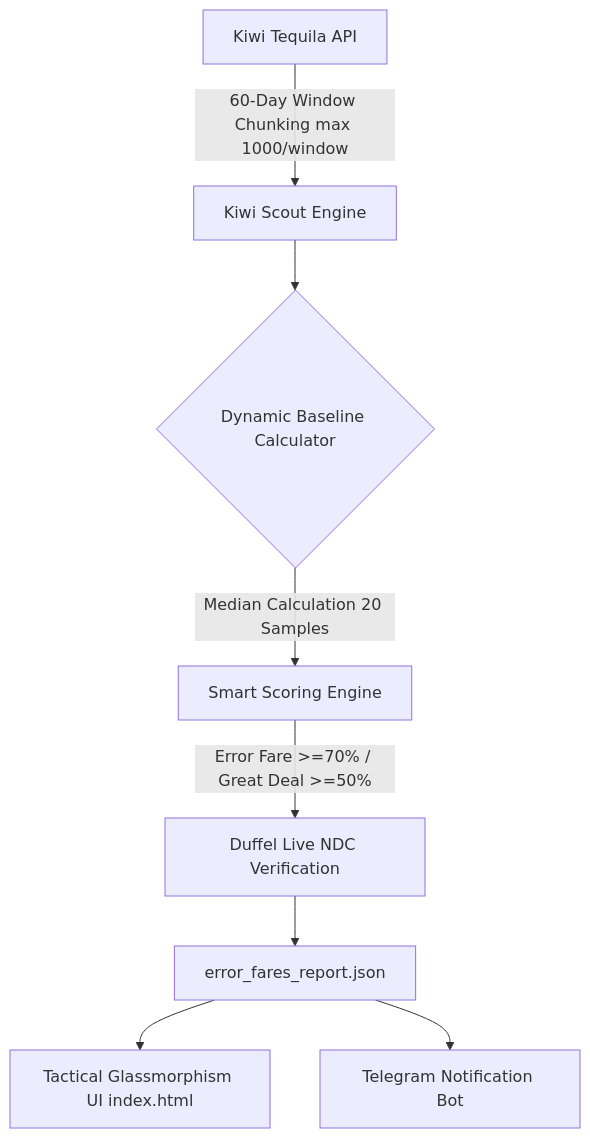
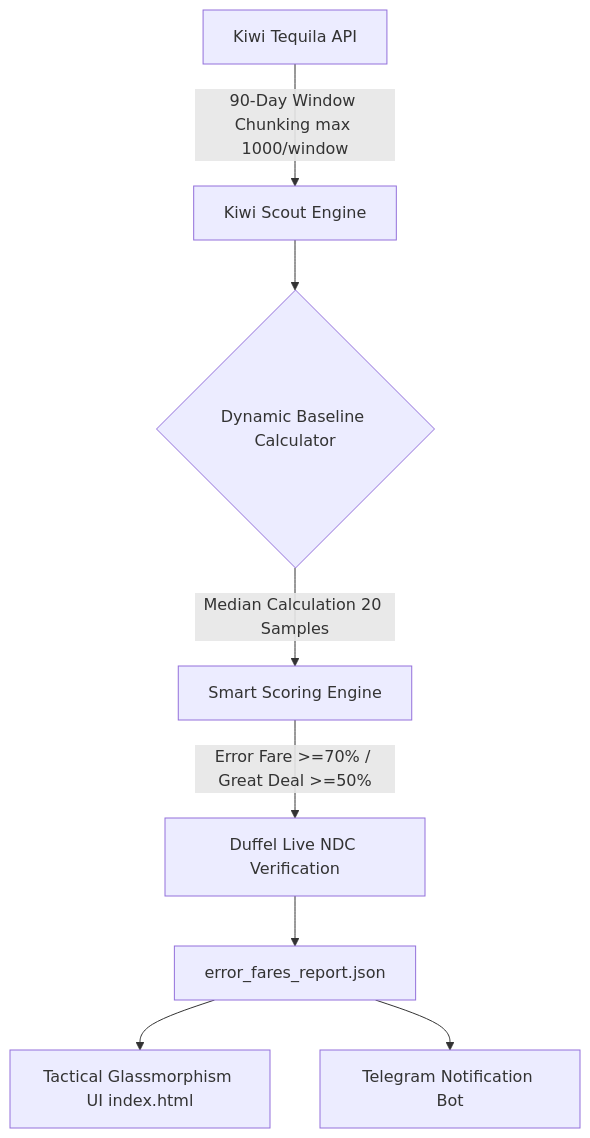
One commit to RadekDuba/flightscanner changed the diagram in README.md. Above: the diagram before and after it, drawn with Mermaid. The commit also changed other lines of this file and 13 other files, not shown here.

````diff
--- a/README.md
+++ b/README.md
@@ -42,10 +44,10 @@
 ```mermaid
 flowchart TD
-    A[Kiwi Tequila API] -->|60-Day Window Chunking max 1000/window| B[Kiwi Scout Engine]
+    A[Kiwi Tequila API] -->|90-Day Window Chunking max 1000/window| B[Kiwi Scout Engine]
     B --> C{Dynamic Baseline Calculator}
     C -->|Median Calculation 20 Samples| D[Smart Scoring Engine]
     D -->|Error Fare >=70% / Great Deal >=50%| E[Duffel Live NDC Verification]
     E --> F[error_fares_report.json]
     F --> G[Tactical Glassmorphism UI index.html]
     F --> H[Telegram Notification Bot]
 ```
````
